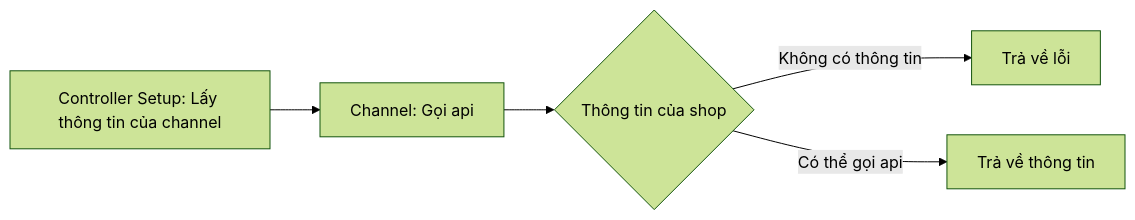
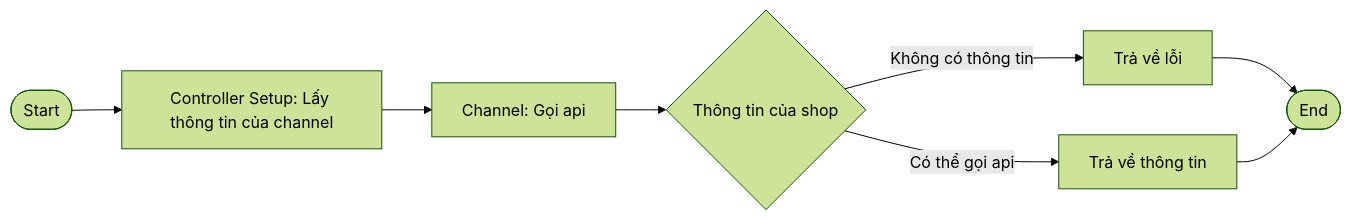
Before and after one commit to WuzenLiz/markdown: the first of 6 diagrams in pseudoAllFunction.md, drawn with Mermaid (forest theme). The commit also changed other lines of this file, not shown here.

Commit message:
update graph

````diff
--- a/pseudoAllFunction.md
+++ b/pseudoAllFunction.md
@@ -14,6 +14,6 @@
     ```mermaid
     flowchart LR
-        A[Controller Setup: Lấy thông tin của channel ] --> B[Channel: Gọi api] --> C{Thông tin của shop} 
-        C --> |Không có thông tin| E[Trả về lỗi]
-        C --> |Có thể gọi api| F[Trả về thông tin]
+        Start([Start]) -->A[Controller Setup: Lấy thông tin của channel ] --> B[Channel: Gọi api] --> C{Thông tin của shop} 
+        C --> |Không có thông tin| E[Trả về lỗi] --> End([End])
+        C --> |Có thể gọi api| F[Trả về thông tin] --> End
     ```
````
